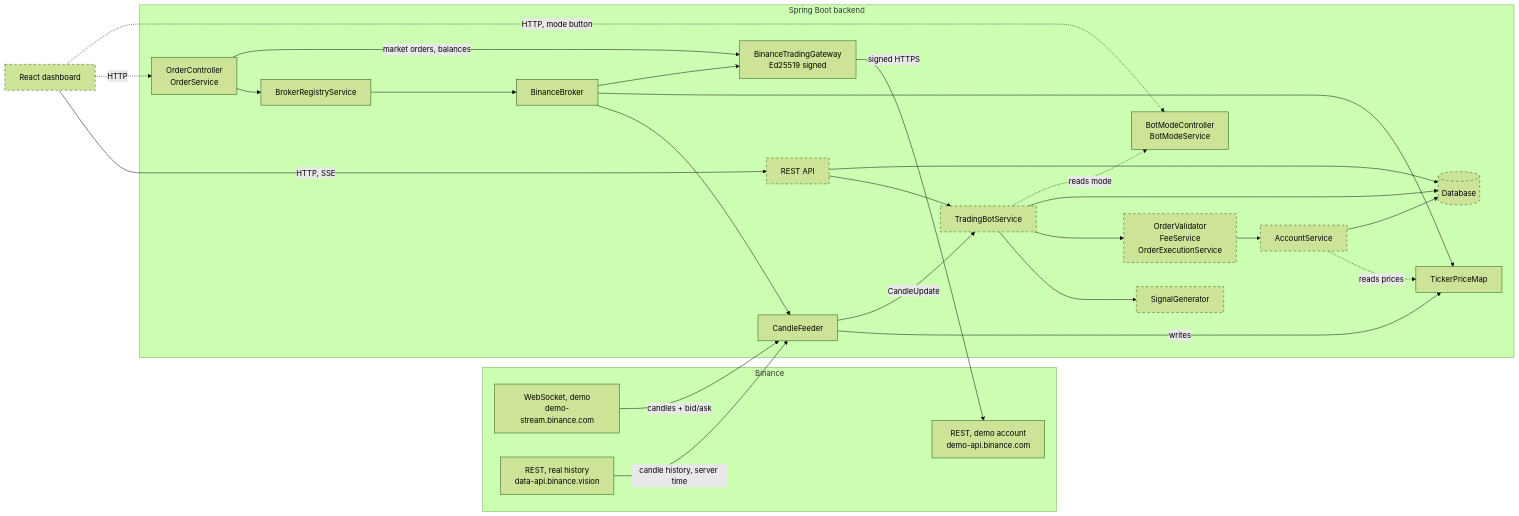
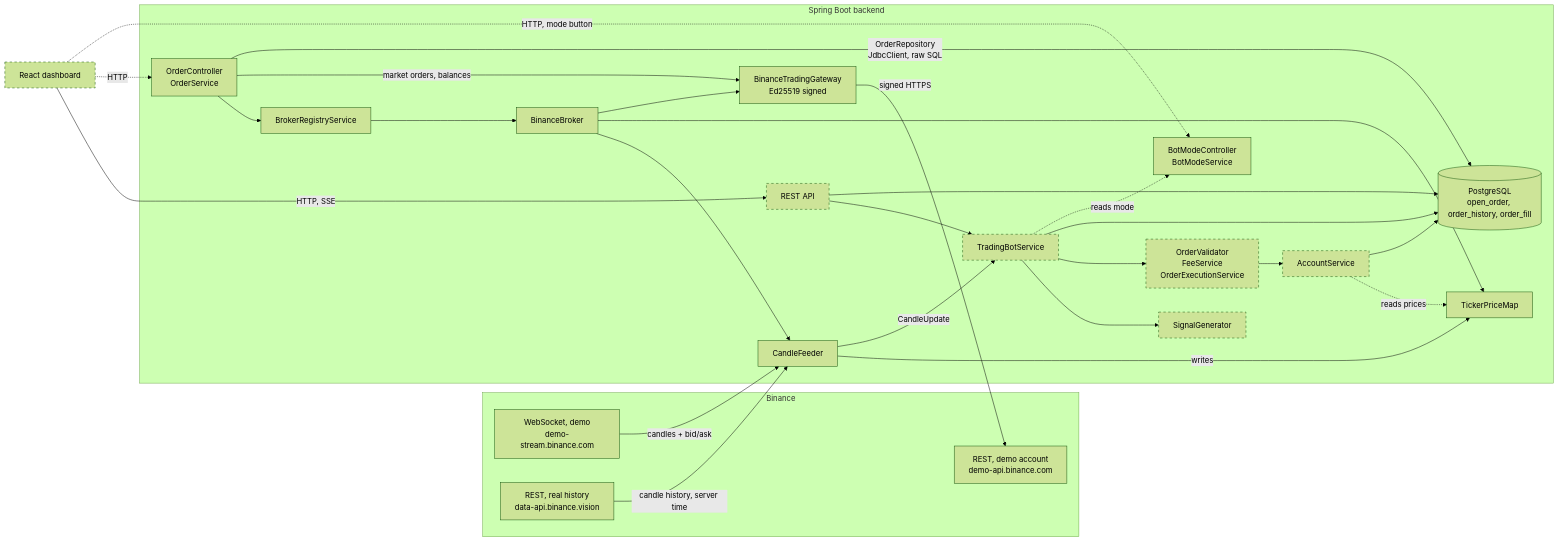
The first of 20 diagrams in docs/ARCHITECTURE.md (ShadowOfDiablo/t212-coding-task), drawn with Mermaid (forest theme) before and after one commit. The commit also changed other lines of this file and 28 other files, not shown here.

First line of the commit message:
Store orders in PostgreSQL with Flyway

````diff
--- a/docs/ARCHITECTURE.md
+++ b/docs/ARCHITECTURE.md
@@ -30,53 +32,54 @@
 ```mermaid
 flowchart LR
     subgraph Binance["Binance"]
         WS["WebSocket, demo<br/>demo-stream.binance.com"]
         REST["REST, real history<br/>data-api.binance.vision"]
         DemoApi["REST, demo account<br/>demo-api.binance.com"]
     end
 
     subgraph Backend["Spring Boot backend"]
         OrderApi["OrderController<br/>OrderService"]
         ModeApi["BotModeController<br/>BotModeService"]
         Registry["BrokerRegistryService"]
         Broker["BinanceBroker"]
         Feeder["CandleFeeder"]
         Prices["TickerPriceMap"]
         Gateway["BinanceTradingGateway<br/>Ed25519 signed"]
         Bot["TradingBotService"]
         Signal["SignalGenerator"]
         Orders["OrderValidator<br/>FeeService<br/>OrderExecutionService"]
         Account["AccountService"]
-        Db[("Database")]
+        Db[("PostgreSQL<br/>open_order, order_history, order_fill")]
         Api["REST API"]
     end
 
     Ui["React dashboard"]
 
     WS -- "candles + bid/ask" --> Feeder
     REST -- "candle history, server time" --> Feeder
     Registry --> Broker
     Broker --> Feeder
     Broker --> Prices
     Broker --> Gateway
     OrderApi --> Registry
     OrderApi -- "market orders, balances" --> Gateway
     Gateway -- "signed HTTPS" --> DemoApi
+    OrderApi -- "OrderRepository<br/>JdbcClient, raw SQL" --> Db
     Feeder -- writes --> Prices
     Feeder -- CandleUpdate --> Bot
     Bot --> Signal
     Bot --> Orders
     Orders --> Account
     Account -. reads prices .-> Prices
     Account --> Db
     Bot --> Db
     Api --> Bot
     Api --> Db
     Ui -- "HTTP, SSE" --> Api
     Ui -. HTTP .-> OrderApi
     Ui -. "HTTP, mode button" .-> ModeApi
     Bot -. reads mode .-> ModeApi
 
     classDef planned stroke-dasharray: 5 5
-    class Bot,Signal,Orders,Account,Db,Api,Ui planned
+    class Bot,Signal,Orders,Account,Api,Ui planned
 ```
````
